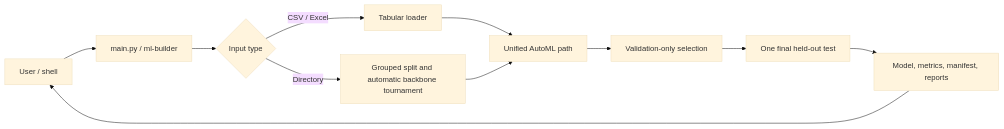
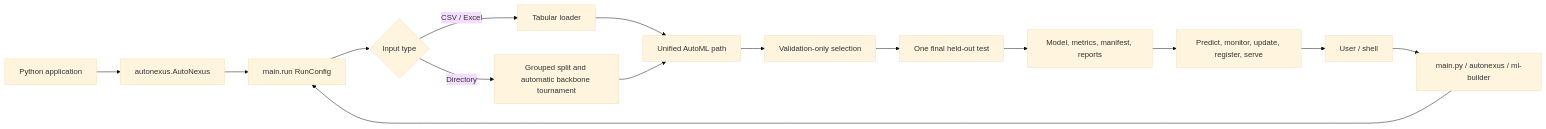
Before and after one commit to dineshmc1/AutoNexus: the first of 20 diagrams in understanding.md, drawn with Mermaid (base theme). The commit also changed other lines of this file and 27 other files, not shown here.

Commit message:
feat: establish core AutoNexus framework with modular components, dependency management, and testing infrastructure.

````diff
--- a/understanding.md
+++ b/understanding.md
@@ -24,13 +31,17 @@
 ```mermaid
 flowchart LR
-    User[User / shell] --> CLI[main.py / ml-builder]
-    CLI --> Input{Input type}
+    Developer[Python application] --> SDK[autonexus.AutoNexus]
+    User[User / shell] --> CLI[main.py / autonexus / ml-builder]
+    SDK --> Engine[main.run RunConfig]
+    CLI --> Engine
+    Engine --> Input{Input type}
     Input -->|CSV / Excel| Tabular[Tabular loader]
     Input -->|Directory| Vision[Grouped split and automatic backbone tournament]
     Tabular --> AutoML[Unified AutoML path]
     Vision --> AutoML
     AutoML --> Selection[Validation-only selection]
     Selection --> Test[One final held-out test]
     Test --> Artifacts[Model, metrics, manifest, reports]
-    Artifacts --> User
+    Artifacts --> Lifecycle[Predict, monitor, update, register, serve]
+    Lifecycle --> User
 ```
````
